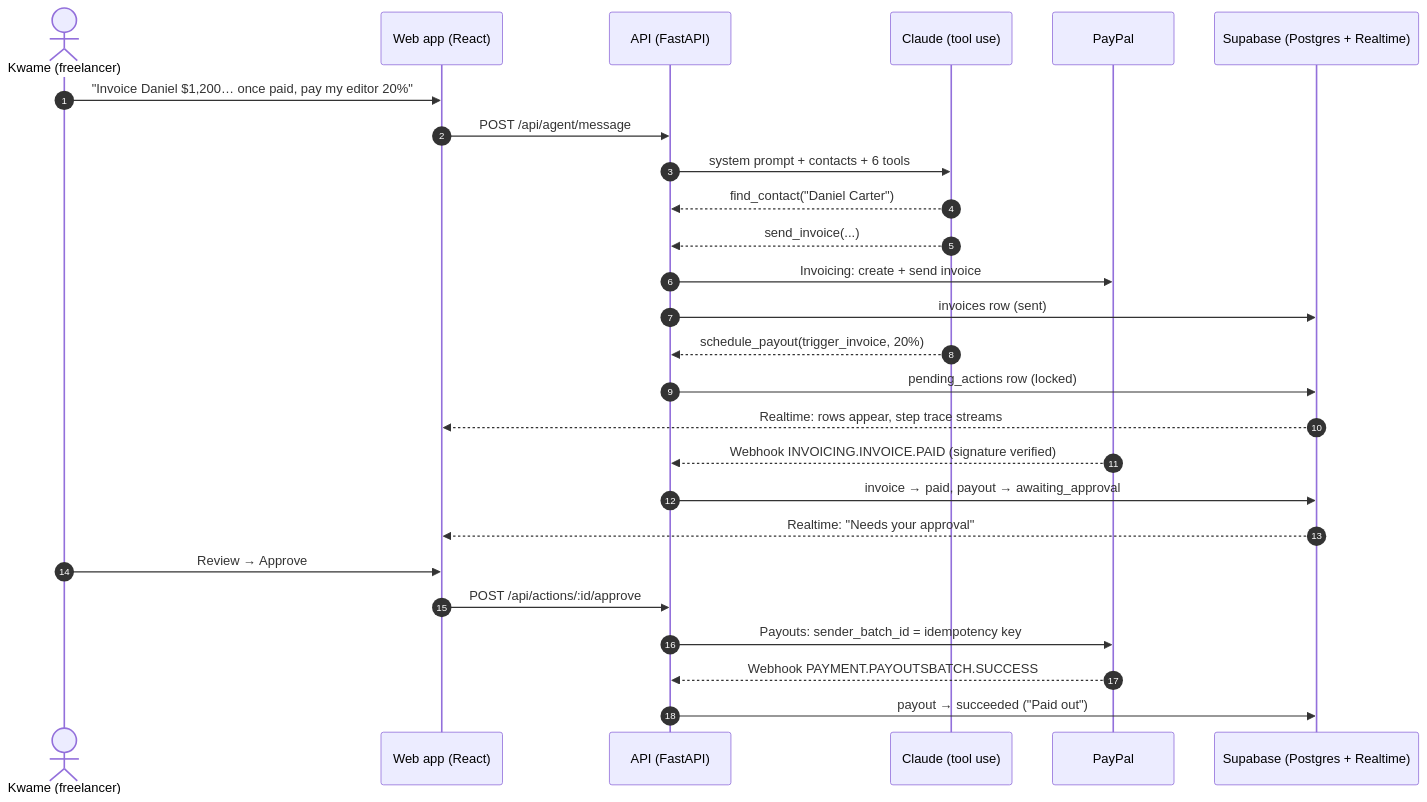
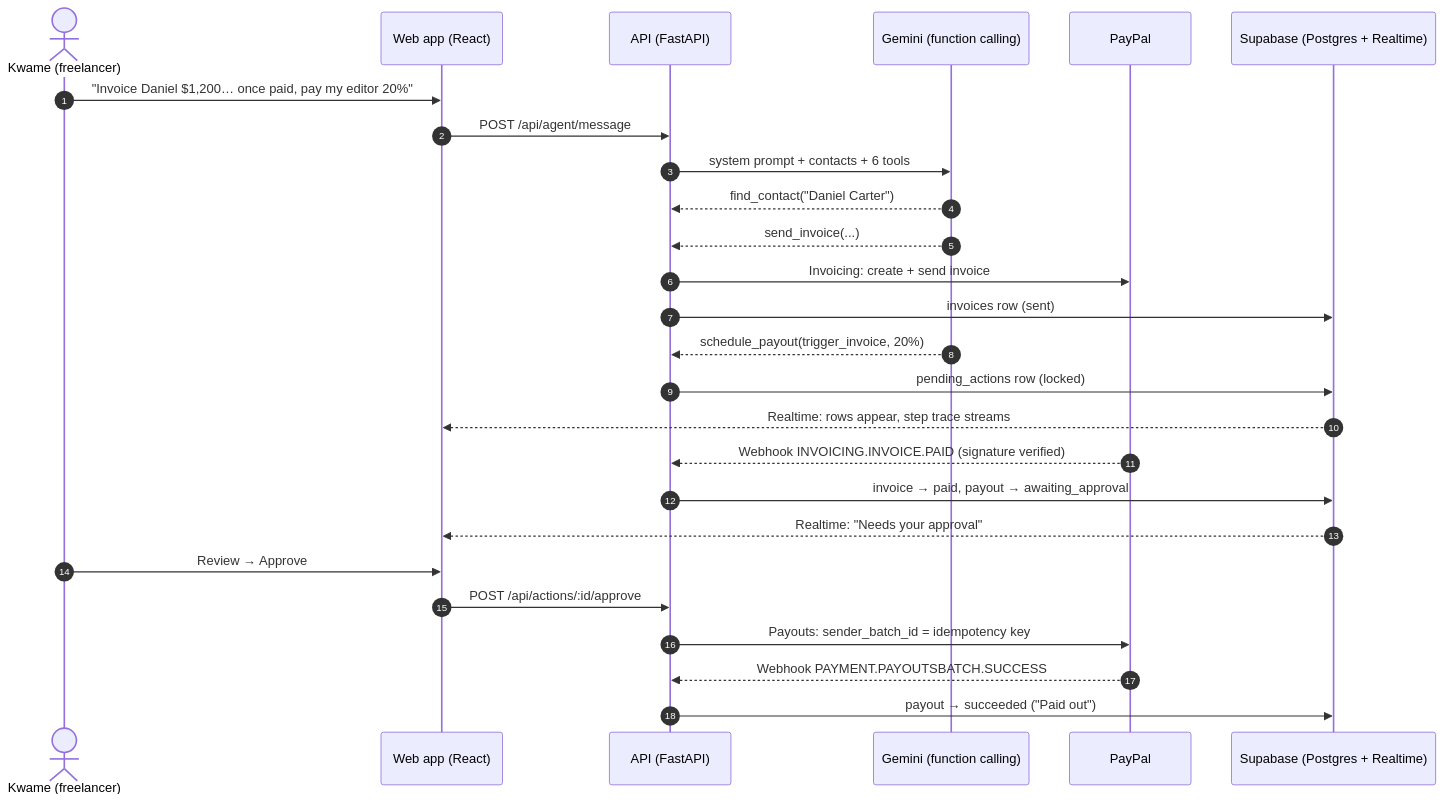
Before and after one commit to LancemDev/paysasa: the first of 2 diagrams in README.md, drawn with Mermaid. The commit also changed other lines of this file and 10 other files, not shown here.

````diff
--- a/README.md
+++ b/README.md
@@ -82,29 +82,29 @@
 ```mermaid
 sequenceDiagram
     autonumber
     actor K as Kwame (freelancer)
     participant W as Web app (React)
     participant A as API (FastAPI)
-    participant C as Claude (tool use)
+    participant C as Gemini (function calling)
     participant P as PayPal
     participant D as Supabase (Postgres + Realtime)
 
     K->>W: "Invoice Daniel $1,200… once paid, pay my editor 20%"
     W->>A: POST /api/agent/message
     A->>C: system prompt + contacts + 6 tools
     C-->>A: find_contact("Daniel Carter")
     C-->>A: send_invoice(...)
     A->>P: Invoicing: create + send invoice
     A->>D: invoices row (sent)
     C-->>A: schedule_payout(trigger_invoice, 20%)
     A->>D: pending_actions row (locked)
     D-->>W: Realtime: rows appear, step trace streams
     P-->>A: Webhook INVOICING.INVOICE.PAID (signature verified)
     A->>D: invoice → paid, payout → awaiting_approval
     D-->>W: Realtime: "Needs your approval"
     K->>W: Review → Approve
     W->>A: POST /api/actions/:id/approve
     A->>P: Payouts: sender_batch_id = idempotency key
     P-->>A: Webhook PAYMENT.PAYOUTSBATCH.SUCCESS
     A->>D: payout → succeeded ("Paid out")
 ```
````
